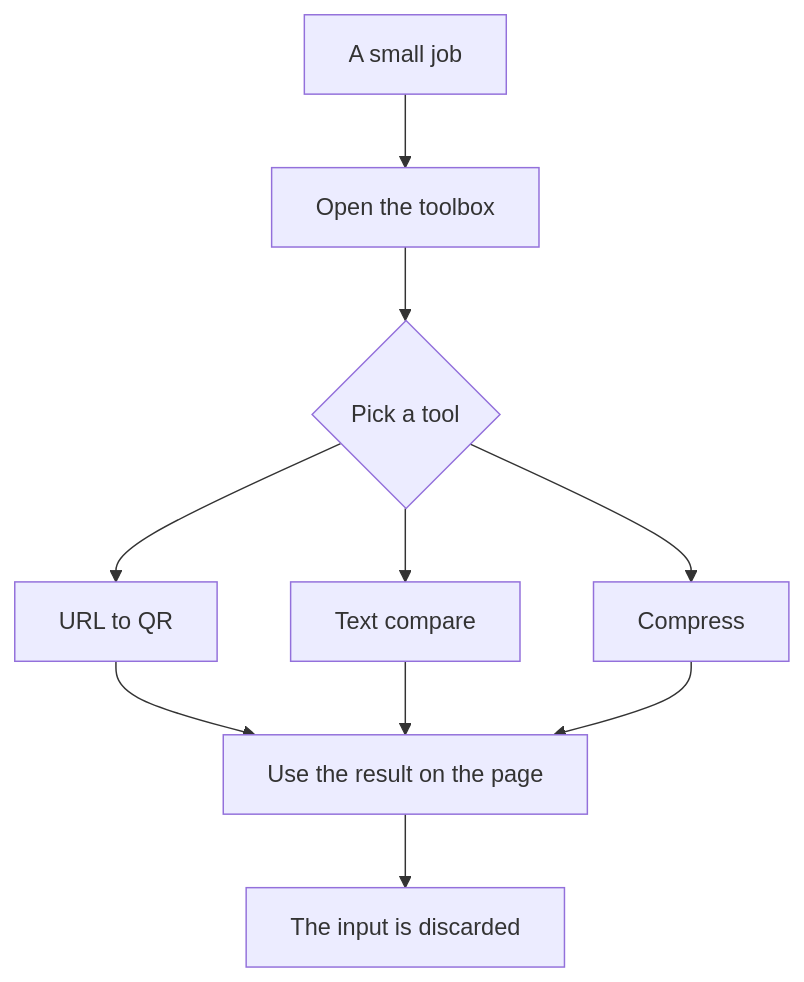
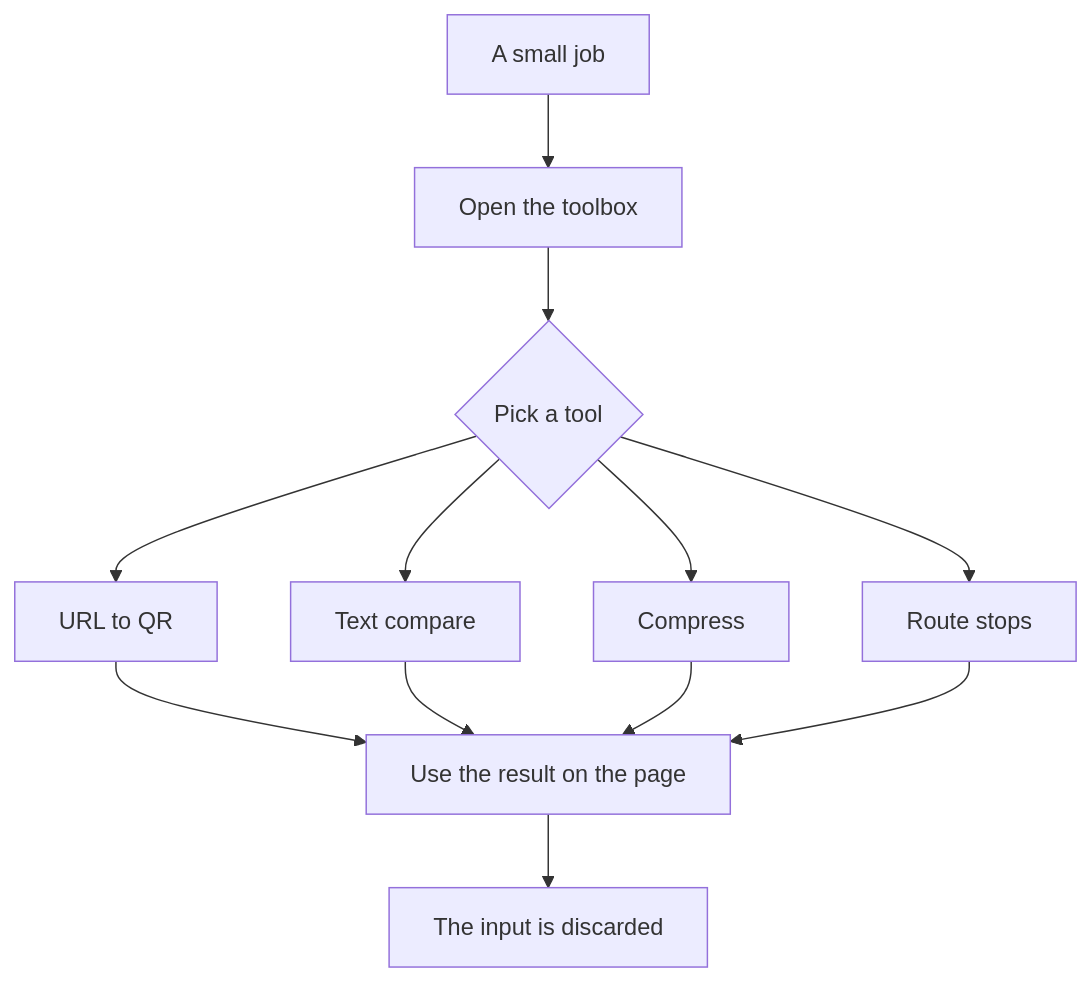
Before and after one commit to AdleeAfif/toolbox-app: the diagram in README.md, drawn with Mermaid. The commit also changed other lines of this file and 8 other files, not shown here.

First line of the commit message:
feat(stops): add route stops tool

````diff
--- a/README.md
+++ b/README.md
@@ -7,12 +7,14 @@
 ```mermaid
 flowchart TD
   job[A small job] --> open[Open the toolbox]
   open --> pick{Pick a tool}
   pick --> qr[URL to QR]
   pick --> compare[Text compare]
   pick --> compress[Compress]
+  pick --> stops[Route stops]
   qr --> result[Use the result on the page]
   compare --> result
   compress --> result
+  stops --> result
   result --> drop[The input is discarded]
 ```
````
